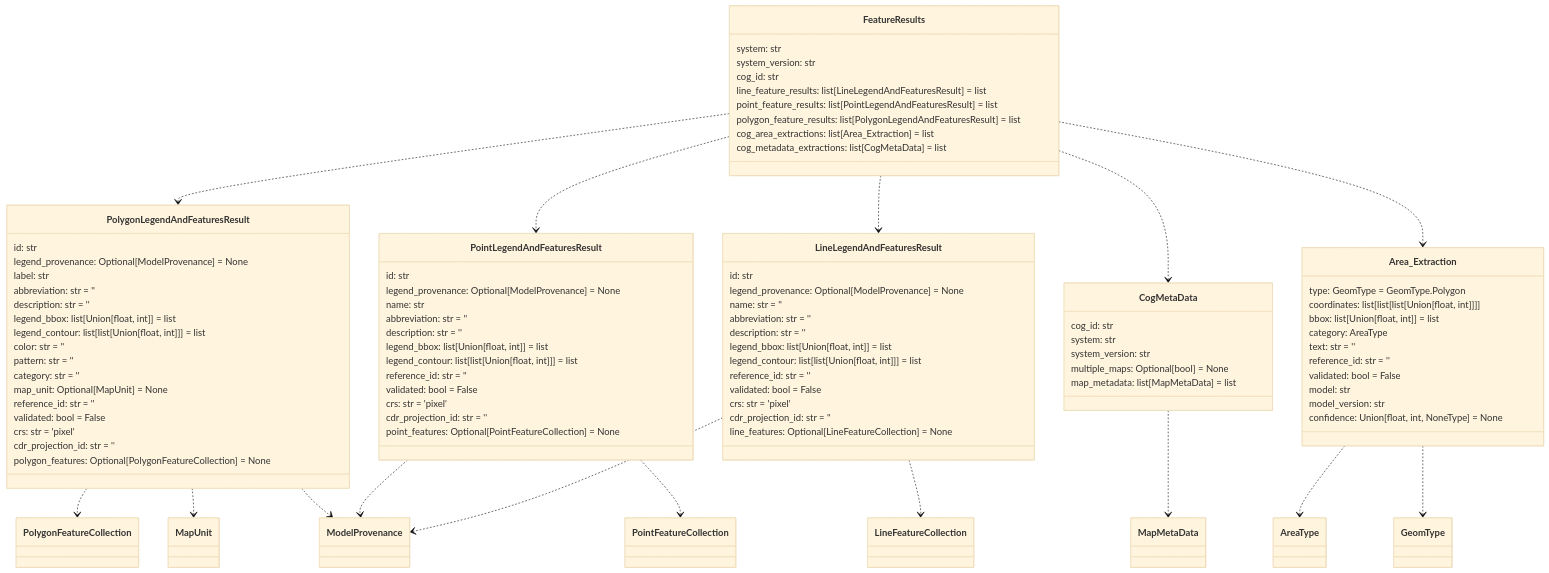
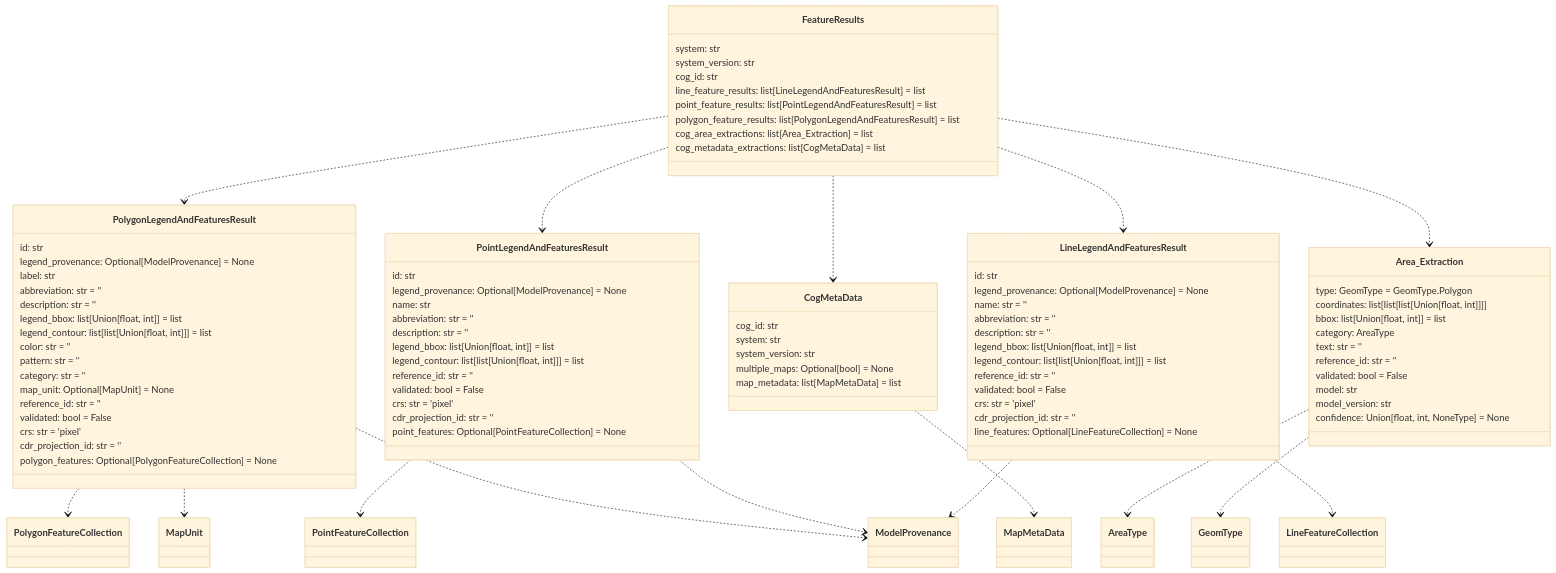
The fourth of 14 diagrams in README.md (DARPA-CRITICALMAAS/cdr_schemas), drawn with Mermaid (base theme) before and after one commit. The commit also changed other lines of this file and 1 other file, not shown here.

````diff
--- a/README.md
+++ b/README.md
@@ -292,6 +292,27 @@
         point_features: Optional[PointFeatureCollection] = None
     }
 
+    class CogMetaData {
+        cog_id: str
+        system: str
+        system_version: str
+        multiple_maps: Optional[bool] = None
+        map_metadata: list[MapMetaData] = list
+    }
+
+    class Area_Extraction {
+        type: GeomType = GeomType.Polygon
+        coordinates: list[list[list[Union[float, int]]]]
+        bbox: list[Union[float, int]] = list
+        category: AreaType
+        text: str = ''
+        reference_id: str = ''
+        validated: bool = False
+        model: str
+        model_version: str
+        confidence: Union[float, int, NoneType] = None
+    }
+
     class LineLegendAndFeaturesResult {
         id: str
         legend_provenance: Optional[ModelProvenance] = None
@@ -318,42 +339,21 @@
         cog_metadata_extractions: list[CogMetaData] = list
     }
 
-    class CogMetaData {
-        cog_id: str
-        system: str
-        system_version: str
-        multiple_maps: Optional[bool] = None
-        map_metadata: list[MapMetaData] = list
-    }
-
-    class Area_Extraction {
-        type: GeomType = GeomType.Polygon
-        coordinates: list[list[list[Union[float, int]]]]
-        bbox: list[Union[float, int]] = list
-        category: AreaType
-        text: str = ''
-        reference_id: str = ''
-        validated: bool = False
-        model: str
-        model_version: str
-        confidence: Union[float, int, NoneType] = None
-    }
-
     Area_Extraction ..> AreaType
     Area_Extraction ..> GeomType
+    LineLegendAndFeaturesResult ..> LineFeatureCollection
     LineLegendAndFeaturesResult ..> ModelProvenance
-    LineLegendAndFeaturesResult ..> LineFeatureCollection
+    PointLegendAndFeaturesResult ..> PointFeatureCollection
     PointLegendAndFeaturesResult ..> ModelProvenance
-    PointLegendAndFeaturesResult ..> PointFeatureCollection
     PolygonLegendAndFeaturesResult ..> PolygonFeatureCollection
     PolygonLegendAndFeaturesResult ..> ModelProvenance
     PolygonLegendAndFeaturesResult ..> MapUnit
     CogMetaData ..> MapMetaData
     FeatureResults ..> PolygonLegendAndFeaturesResult
     FeatureResults ..> PointLegendAndFeaturesResult
-    FeatureResults ..> LineLegendAndFeaturesResult
     FeatureResults ..> CogMetaData
     FeatureResults ..> Area_Extraction
+    FeatureResults ..> LineLegendAndFeaturesResult
 
 
 ```
````
